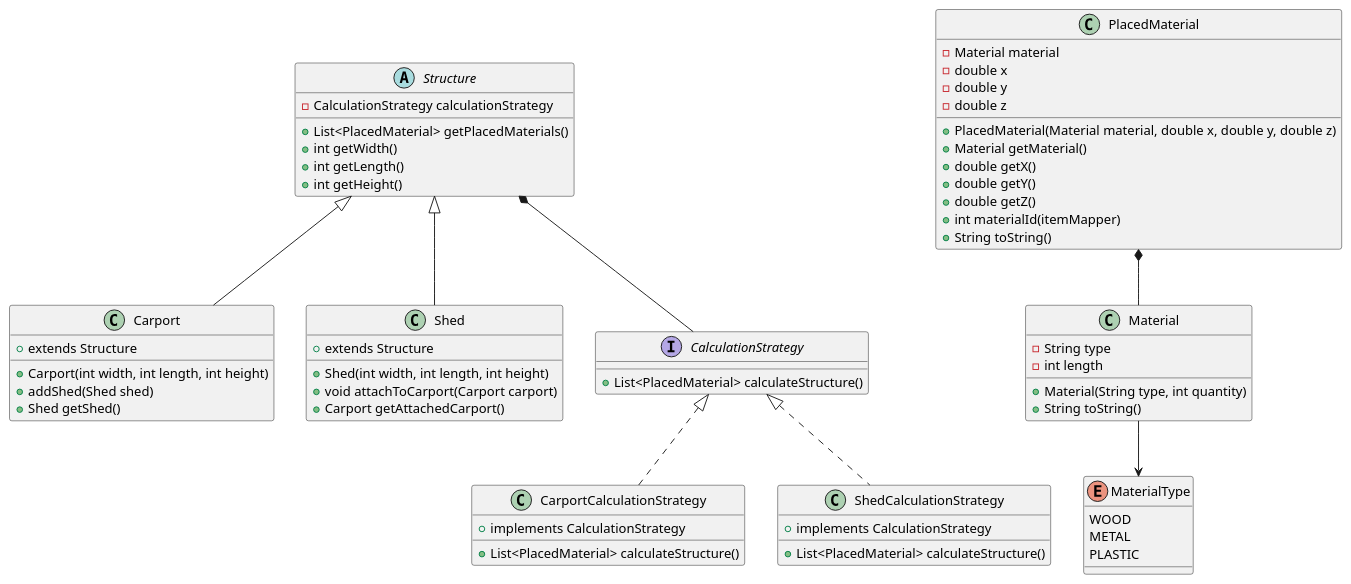
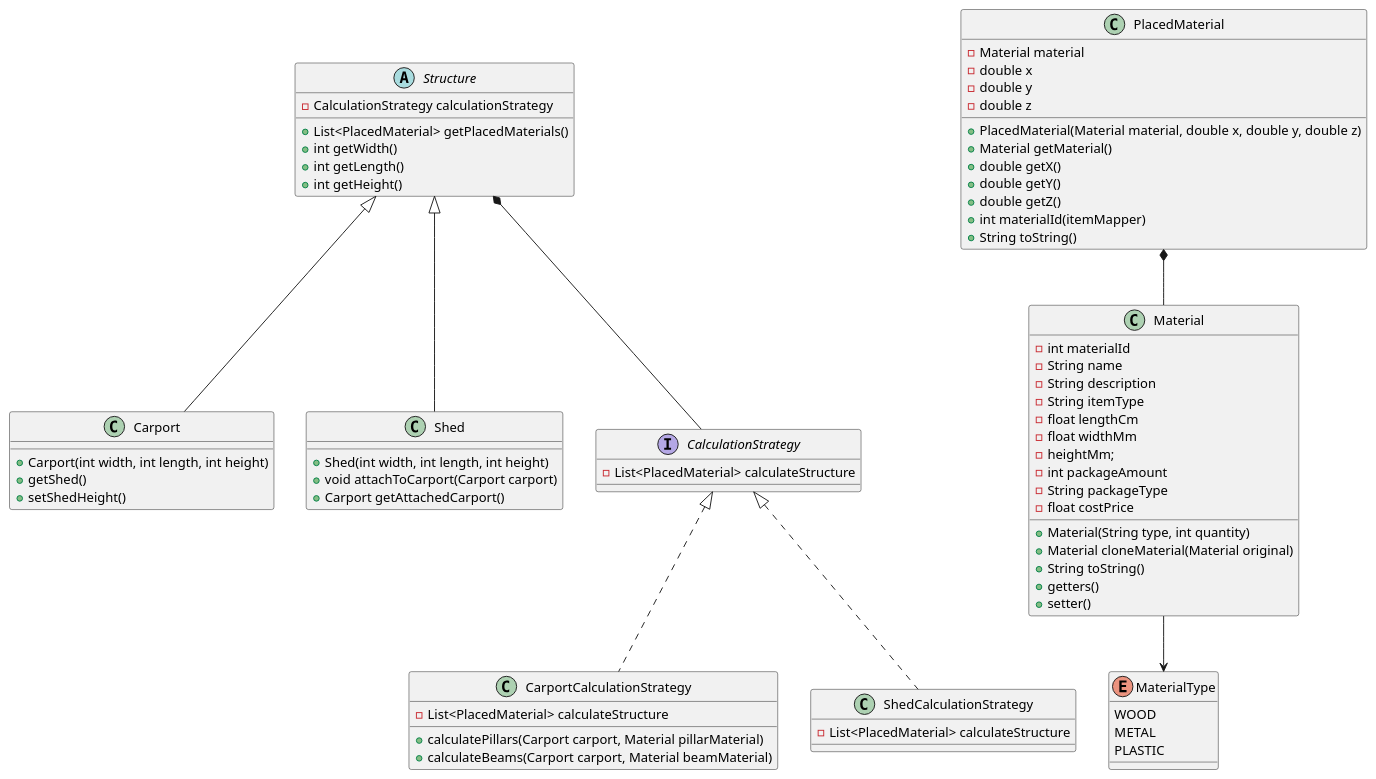
Before and after one commit to mrPrimeBeef/FogCarport: the diagram in src/design/CalculationEngine.puml, drawn with PlantUML. The commit also changed 1 other file, not shown here.

```diff
--- a/src/design/CalculationEngine.puml
+++ b/src/design/CalculationEngine.puml
@@ -1,74 +1,83 @@
 @startuml
 
 abstract class Structure {
     - CalculationStrategy calculationStrategy
     + List<PlacedMaterial> getPlacedMaterials()
     + int getWidth()
     + int getLength()
     + int getHeight()
 }
 
 class Carport {
-    + extends Structure
     + Carport(int width, int length, int height)
-    + addShed(Shed shed)
-    + Shed getShed()
+    + getShed()
+    + setShedHeight()
 }
 
 class Shed {
-    + extends Structure
     + Shed(int width, int length, int height)
     + void attachToCarport(Carport carport)
     + Carport getAttachedCarport()
 }
 
 interface CalculationStrategy {
-    + List<PlacedMaterial> calculateStructure()
+    - List<PlacedMaterial> calculateStructure
 }
 
 class CarportCalculationStrategy {
-    + implements CalculationStrategy
-    + List<PlacedMaterial> calculateStructure()
+    - List<PlacedMaterial> calculateStructure
+    + calculatePillars(Carport carport, Material pillarMaterial)
+    + calculateBeams(Carport carport, Material beamMaterial)
 }
 
 class ShedCalculationStrategy {
-    + implements CalculationStrategy
-    + List<PlacedMaterial> calculateStructure()
+    - List<PlacedMaterial> calculateStructure
 }
 
 class Material {
-    - String type
-    - int length
+    - int materialId
+    - String name
+    - String description
+    - String itemType
+    - float lengthCm
+    - float widthMm
+    - heightMm;
+    - int packageAmount
+    - String packageType
+    - float costPrice
     + Material(String type, int quantity)
+    + Material cloneMaterial(Material original)
     + String toString()
+    + getters()
+    + setter()
 }
 
 class PlacedMaterial {
     - Material material
     - double x
     - double y
     - double z
     + PlacedMaterial(Material material, double x, double y, double z)
     + Material getMaterial()
     + double getX()
     + double getY()
     + double getZ()
     + int materialId(itemMapper)
     + String toString()
 }
 
 enum MaterialType {
     WOOD
     METAL
     PLASTIC
 }
 
 Structure <|-- Carport
 Structure <|-- Shed
 Structure *-- CalculationStrategy
 CalculationStrategy <|.. CarportCalculationStrategy
 CalculationStrategy <|.. ShedCalculationStrategy
 Material --> MaterialType
 PlacedMaterial *-- Material
 
 @enduml
```
